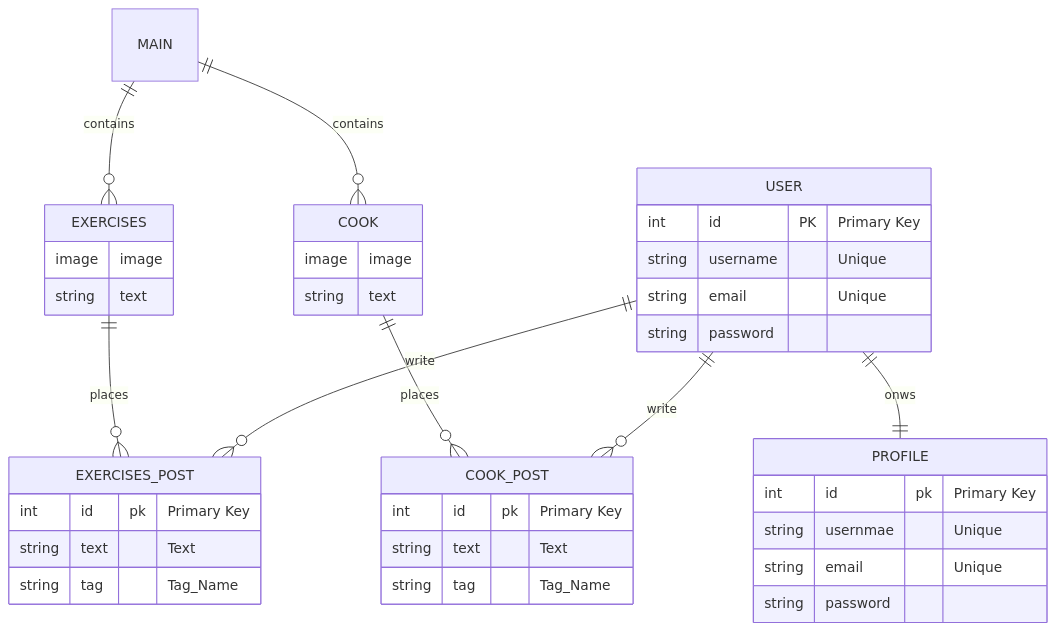
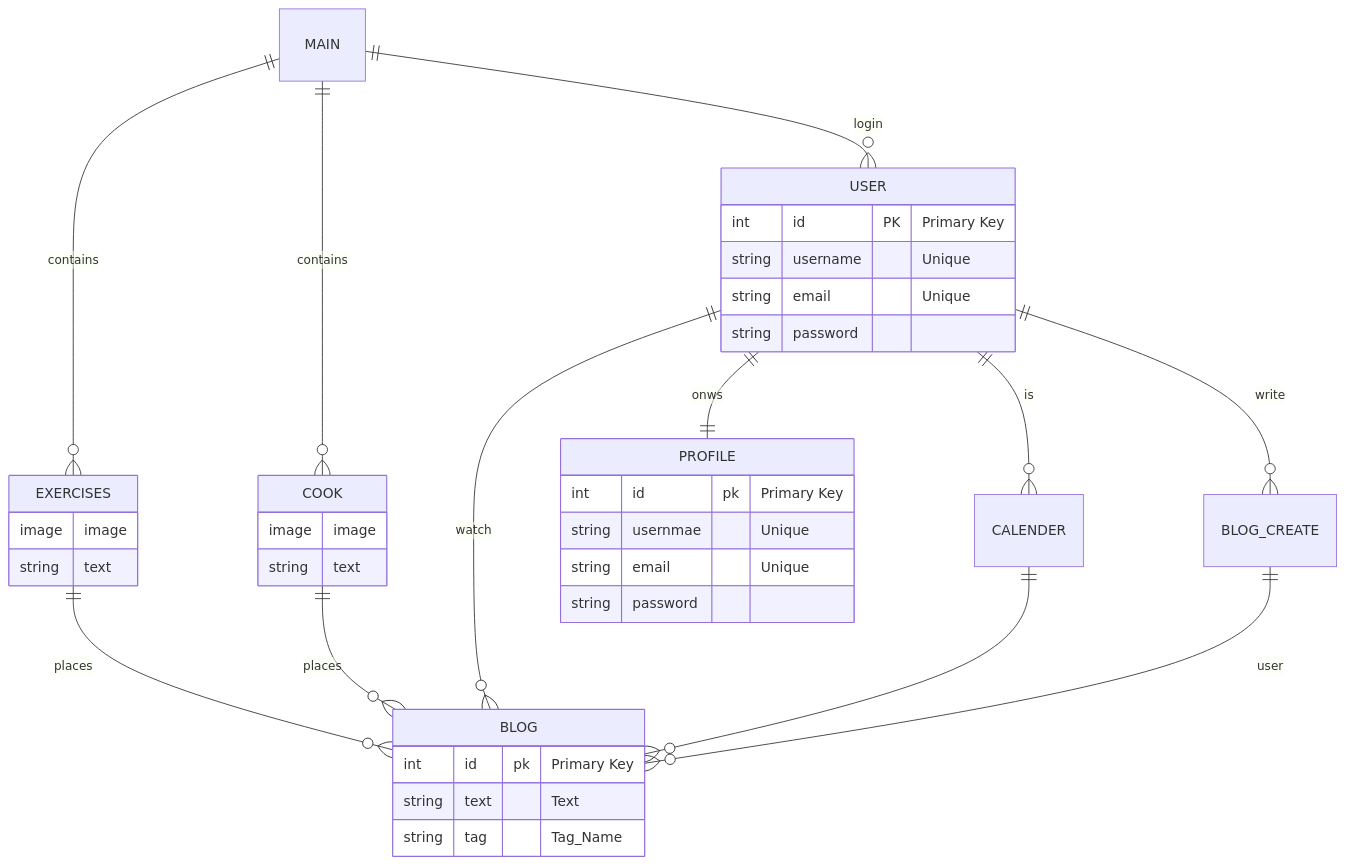
One commit to vin00/blog changed the second of 2 diagrams in readme.md. Above: the diagram before and after it, drawn with Mermaid. The commit also changed 4 other files, not shown here.

````diff
--- a/readme.md
+++ b/readme.md
@@ -35,46 +35,46 @@
 ```mermaid
 erDiagram
     MAIN ||--o{ EXERCISES : "contains"
     MAIN ||--o{ COOK : "contains"
-    EXERCISES ||--o{ EXERCISES_POST : "places"
-    COOK ||--o{ COOK_POST : "places"
-    USER ||--o{ EXERCISES_POST : "write"
-    USER ||--o{ COOK_POST : "write"
+    MAIN ||--o{ USER : "login"
+    EXERCISES ||--o{ BLOG : "places"
+    COOK ||--o{ BLOG : "places"
+    USER ||--o{ BLOG : "watch"
+    USER ||--o{ BLOG_CREATE : "write"
     USER ||--|| PROFILE : "onws"
+    USER ||--o{ CALENDER : "is"
+    CALENDER ||--o{ BLOG : "" 
+    BLOG_CREATE ||--o{ BLOG : "user"
+    
+
+
 
     USER {
         int id PK "Primary Key"
         string username "Unique"
         string email "Unique"
         string password
     }
 
     PROFILE {
         int id pk "Primary Key"
         string usernmae "Unique"
         string email "Unique"
         string password
     }
 
     EXERCISES {
         image image
         string text
     }
 
     COOK {
         image image
         string text
     }
-
-    EXERCISES_POST {
+    BLOG {
         int id pk "Primary Key"
         string text "Text"
         string tag "Tag_Name"
     }
-
-    COOK_POST {
-    int id pk "Primary Key"
-    string text "Text"
-    string tag "Tag_Name"
-    }
 ```
````
